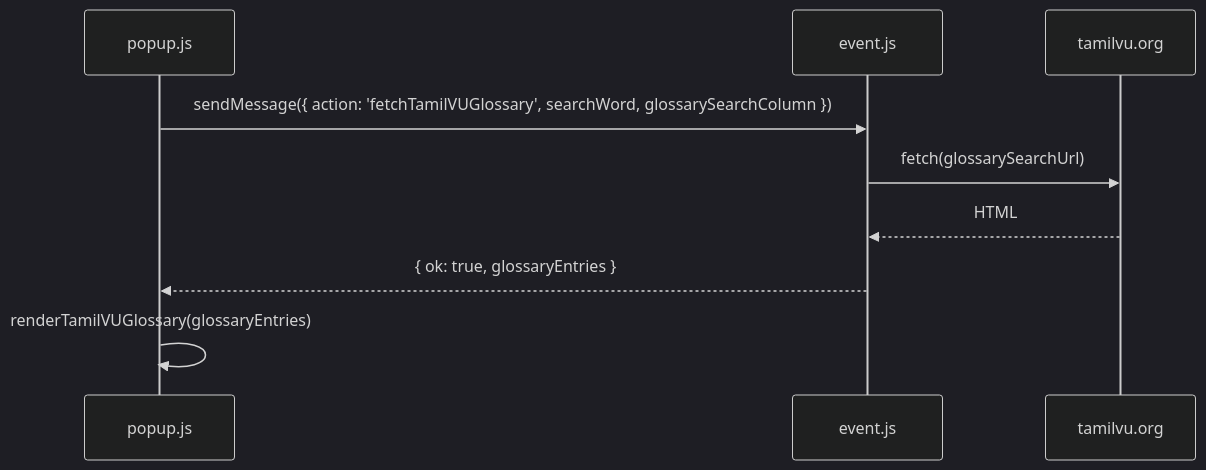
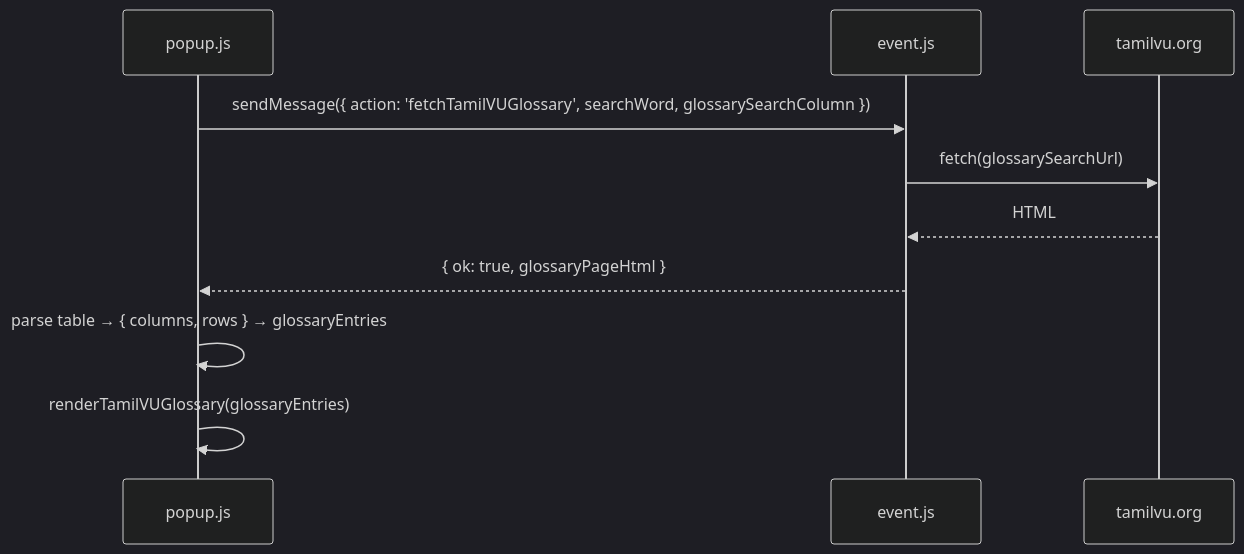
One commit to p10ns11y/Sorkalam changed the diagram in README.md. Above: the diagram before and after it, drawn with Mermaid (dark theme). The commit also changed other lines of this file and 6 other files, not shown here.

First line of the commit message:
Parse Tamil VU glossary with DOMParser in the popup.

````diff
--- a/README.md
+++ b/README.md
@@ -136,12 +136,13 @@
 ```mermaid
 sequenceDiagram
   participant Popup as popup.js
   participant SW as event.js
   participant TVU as tamilvu.org
 
   Popup->>SW: sendMessage({ action: 'fetchTamilVUGlossary', searchWord, glossarySearchColumn })
   SW->>TVU: fetch(glossarySearchUrl)
   TVU-->>SW: HTML
-  SW-->>Popup: { ok: true, glossaryEntries }
+  SW-->>Popup: { ok: true, glossaryPageHtml }
+  Popup->>Popup: parse table → { columns, rows } → glossaryEntries
   Popup->>Popup: renderTamilVUGlossary(glossaryEntries)
 ```
````
